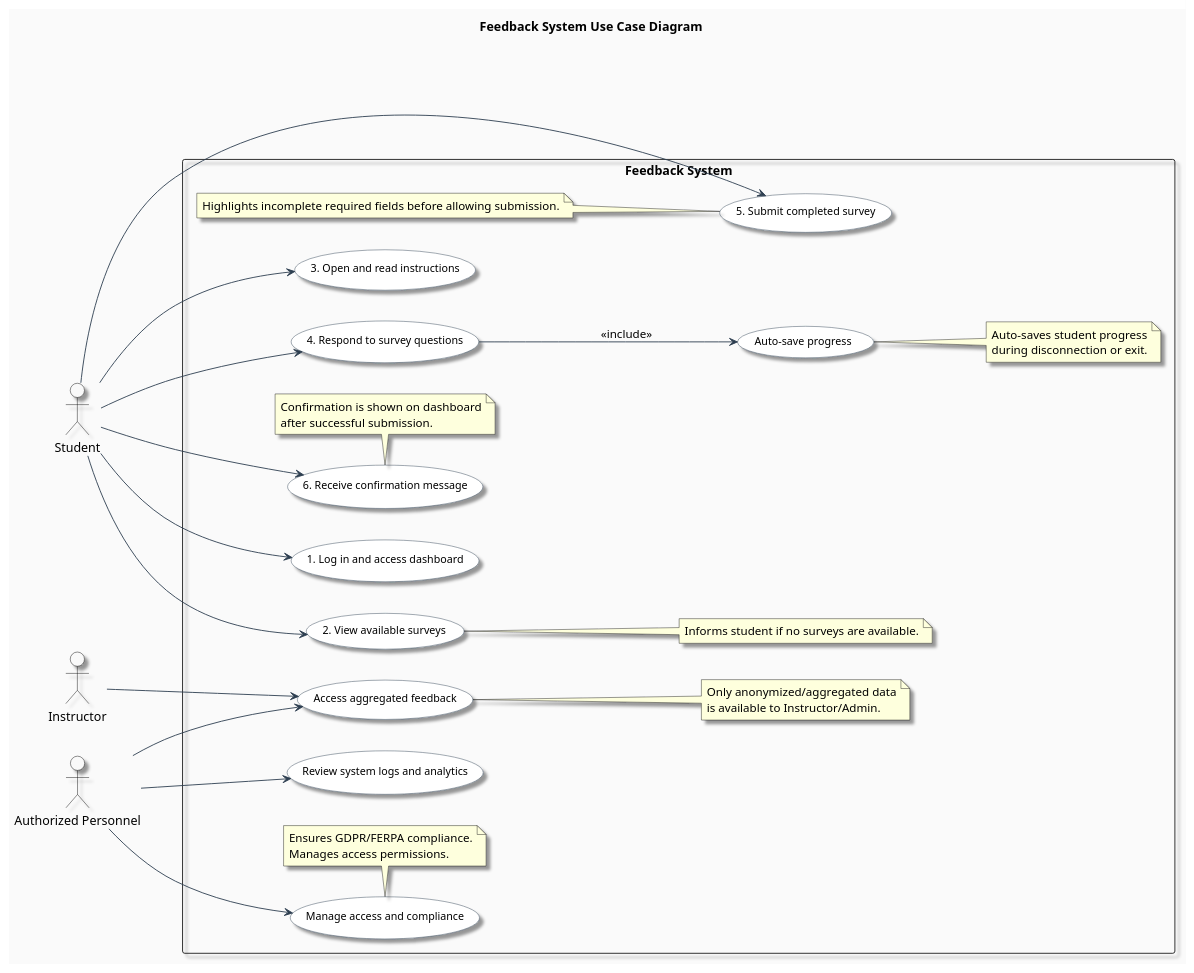
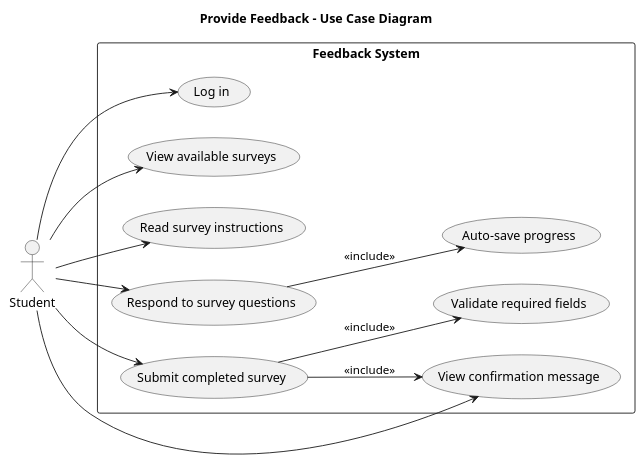
One commit to bahati7/MKB-cohort-2-Demo changed the diagram in doc/usecases/plantUML/tempUC-ProvideFeedback.puml. Above: the diagram before and after it, drawn with PlantUML. The commit also changed 1 other file, not shown here.

Commit message:
Based use case diagram with primary actor and flows #22
Created a base Provide Feedback use case diagram, noting the changes:
- Added Student as the primary actor; @AshDest pinpointed this feature.
- Defined main use cases under "Feedback System."
- Modeled key flows from login to confirmation.
- Set up system boundaries and layout orientation.

Refs #8

```diff
--- a/doc/usecases/plantUML/tempUC-ProvideFeedback.puml
+++ b/doc/usecases/plantUML/tempUC-ProvideFeedback.puml
@@ -1,97 +1,35 @@
 @startuml provide_feedback_usecase
 
-' Diagram Settings
 left to right direction
-skinparam backgroundColor #FAFAFA
-skinparam shadowing true
+title Provide Feedback - Use Case Diagram
 
-skinparam actor {
-    BackgroundColor #f9f9f9
-    BorderColor Black
-    FontColor Black
-    Shadowing true
-}
+' Only include styling if consistency across diagrams is necessary, else use default PlantUML look for simplicity, @Ash mentioned it in the discussion
 
-skinparam usecase {
-    BackgroundColor White
-    BorderColor #2C3E50
-    ArrowColor #2C3E50
-    FontColor Black
-    FontSize 12
-    Shadowing true
-    RoundCorner 20
-}
-
-title Feedback System Use Case Diagram
-
-' Actors
+' Primary Actor
 actor Student
-actor Instructor
-actor "Authorized Personnel" as Admin
 
 ' System Boundary
 rectangle "Feedback System" {
-    
-    ' Student Use Cases
-    usecase UC_LoginDashboard as "1. Log in and access dashboard"
-    usecase UC_ViewSurveys as "2. View available surveys"
-    usecase UC_ReadInstructions as "3. Open and read instructions"
-    usecase UC_Respond as "4. Respond to survey questions"
+
+    usecase UC_Login as "Log in"
+    usecase UC_ViewSurveys as "View available surveys"
+    usecase UC_ReadInstructions as "Read survey instructions"
+    usecase UC_Respond as "Respond to survey questions"
+    usecase UC_SubmitSurvey as "Submit completed survey"
+    usecase UC_Confirmation as "View confirmation message"
     usecase UC_AutoSave as "Auto-save progress"
-    usecase UC_Submit as "5. Submit completed survey"
-    usecase UC_Confirm as "6. Receive confirmation message"
-    
-    ' Instructor/Admin Use Cases
-    usecase UC_Review as "Access aggregated feedback"
-    usecase UC_Logs as "Review system logs and analytics"
-    usecase UC_Privacy as "Manage access and compliance"
-    
-    ' Student Flow (ordered)
-    Student --> UC_LoginDashboard
+    usecase UC_Validation as "Validate required fields"
+
+    ' Main flow
+    Student --> UC_Login
     Student --> UC_ViewSurveys
     Student --> UC_ReadInstructions
     Student --> UC_Respond
     UC_Respond --> UC_AutoSave : <<include>>
-    Student --> UC_Submit
-    Student --> UC_Confirm
-
-    ' Instructor Flow
-    Instructor --> UC_Review
-
-    ' Admin Flow
-    Admin --> UC_Review
-    Admin --> UC_Logs
-    Admin --> UC_Privacy
-
-    ' Clarifying Notes
-    note right of UC_AutoSave
-        Auto-saves student progress
-        during disconnection or exit.
-    end note
-
-    note bottom of UC_Confirm
-        Confirmation is shown on dashboard
-        after successful submission.
-    end note
-
-    note right of UC_Review
-        Only anonymized/aggregated data
-        is available to Instructor/Admin.
-    end note
-
-    note bottom of UC_Privacy
-        Ensures GDPR/FERPA compliance.
-        Manages access permissions.
-    end note
-
-    note right of UC_ViewSurveys
-    Informs student if no surveys are available.
-end note
-
-note left of UC_Submit
-    Highlights incomplete required fields before allowing submission.
-end note
-
+    Student --> UC_SubmitSurvey
+    UC_SubmitSurvey --> UC_Validation : <<include>>
+    UC_SubmitSurvey --> UC_Confirmation : <<include>>
+    Student --> UC_Confirmation
 }
 
 @enduml
```
